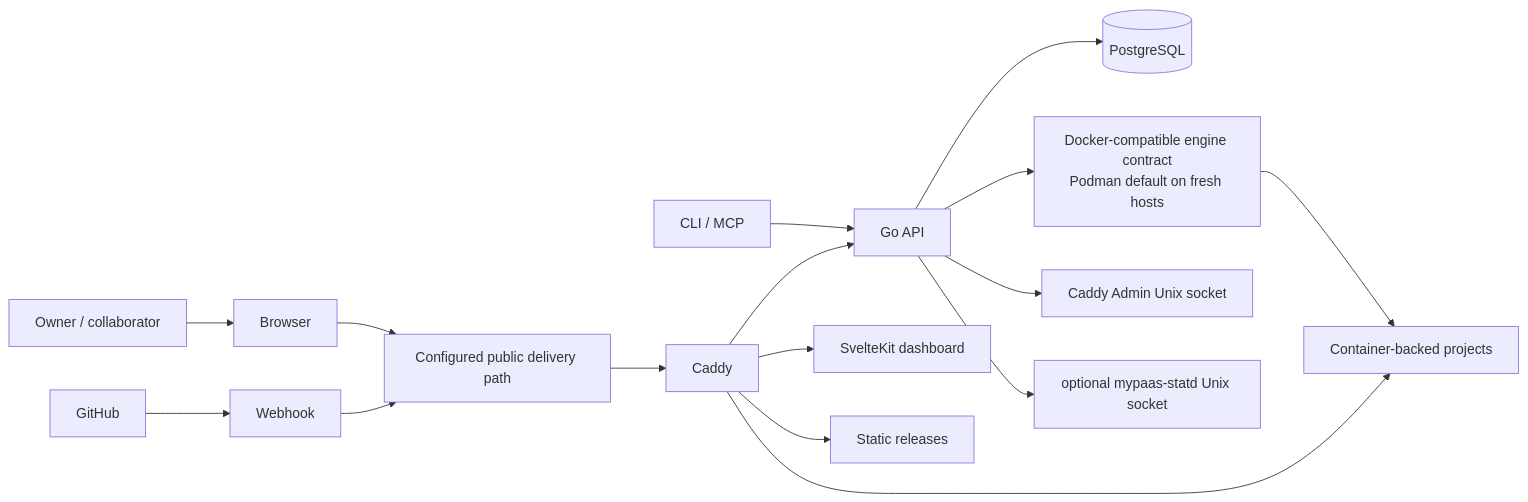
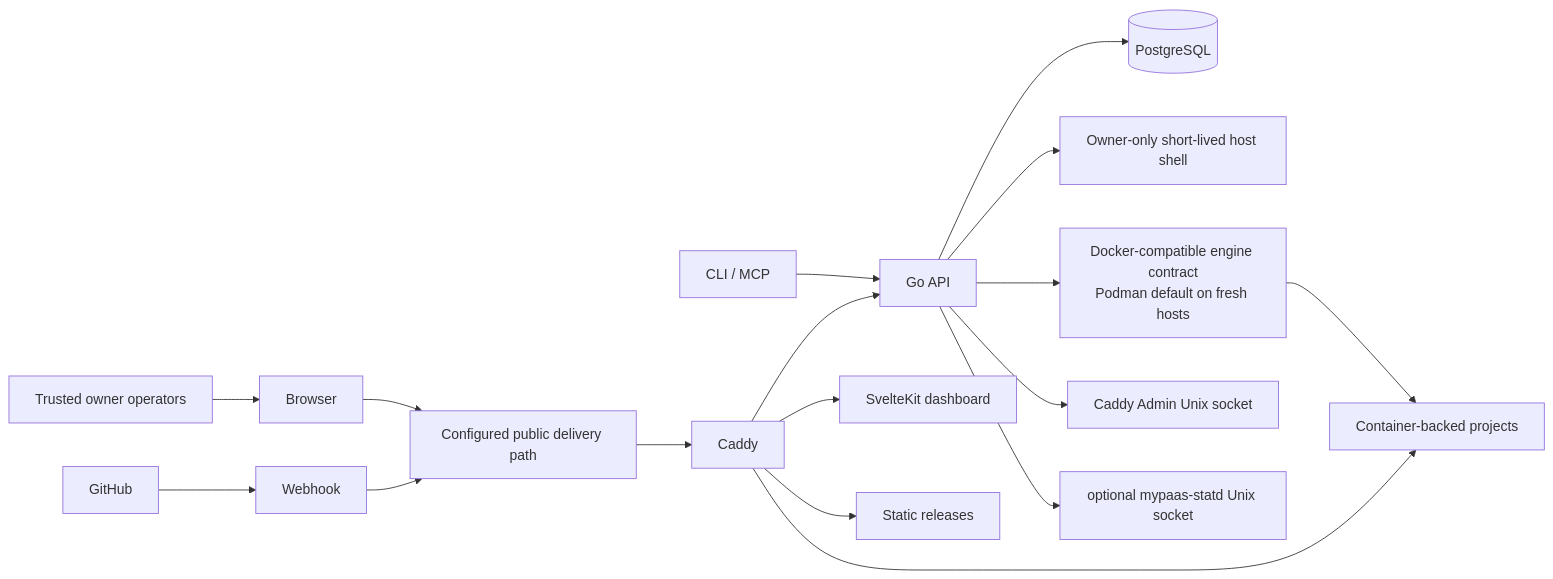
One commit to nabilrn/MyPaas changed the first of 5 diagrams in docs/architecture/overview.md. Above: the diagram before and after it, drawn with Mermaid. The commit also changed other lines of this file and 25 other files, not shown here.

Commit message:
feat: port owner shell to current workspace UI

````diff
--- a/docs/architecture/overview.md
+++ b/docs/architecture/overview.md
@@ -14,21 +14,22 @@
 ```mermaid
 flowchart LR
-    Operator["Owner / collaborator"] --> Browser["Browser"]
+    Operator["Trusted owner operators"] --> Browser["Browser"]
     GitHub["GitHub"] --> Webhook["Webhook"]
     Automation["CLI / MCP"] --> API["Go API"]
 
     Browser --> Edge["Configured public delivery path"]
     Webhook --> Edge
     Edge --> Caddy["Caddy"]
     Caddy --> Dashboard["SvelteKit dashboard"]
     Caddy --> API
 
     API --> DB[("PostgreSQL")]
+    API --> HostShell["Owner-only short-lived host shell"]
     API --> Engine["Docker-compatible engine contract\nPodman default on fresh hosts"]
     API --> CaddyAdmin["Caddy Admin Unix socket"]
     API --> Statd["optional mypaas-statd Unix socket"]
 
     Engine --> Apps["Container-backed projects"]
     Caddy --> Apps
     Caddy --> Static["Static releases"]
 ```
````
